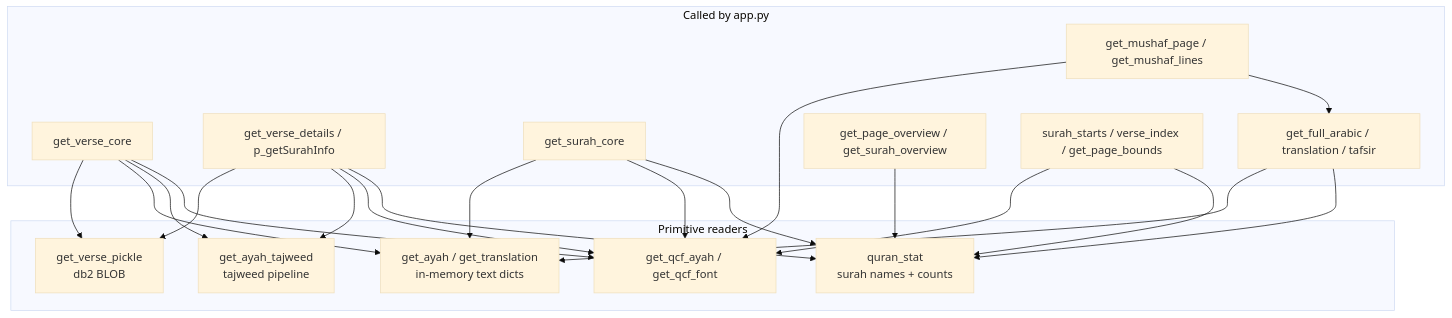
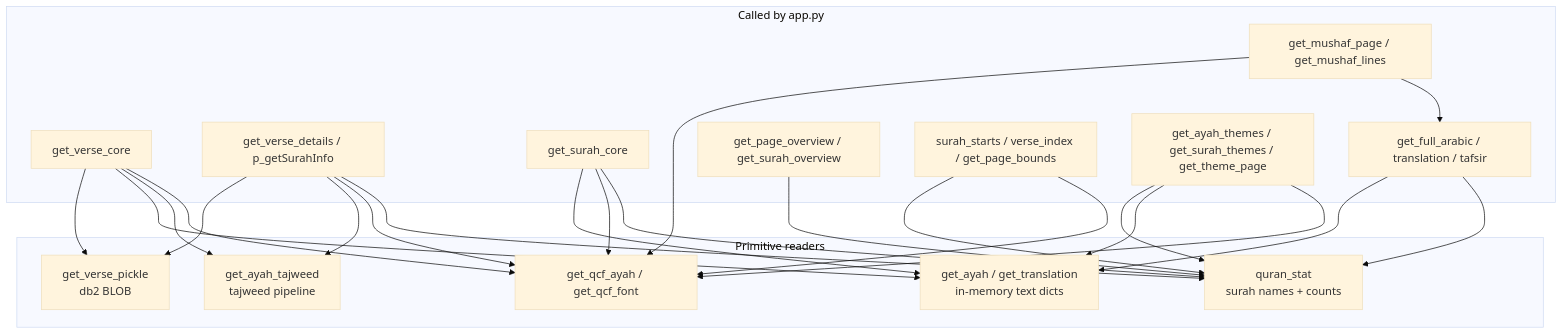
The sixth of 16 diagrams in ARCHITECTURE.md (OnixHoque/aayatun), drawn with Mermaid (base theme) before and after one commit. The commit also changed other lines of this file, not shown here.

First line of the commit message:
Rewrite ARCHITECTURE.md as a modular operations manual

````diff
--- a/ARCHITECTURE.md
+++ b/ARCHITECTURE.md
@@ -236,39 +419,43 @@
 ```mermaid
 flowchart TB
     subgraph API["Called by app.py"]
         A1["get_verse_core"]
         A2["get_verse_details / p_getSurahInfo"]
         A3["get_surah_core"]
         A4["get_mushaf_page / get_mushaf_lines"]
         A5["get_full_arabic / translation / tafsir"]
         A6["get_page_overview / get_surah_overview"]
         A7["surah_starts / verse_index / get_page_bounds"]
+        A8["get_ayah_themes / get_surah_themes / get_theme_page"]
     end
 
     subgraph Base["Primitive readers"]
         B1["get_ayah / get_translation<br/>in-memory text dicts"]
         B2["get_verse_pickle<br/>db2 BLOB"]
         B3["get_ayah_tajweed<br/>tajweed pipeline"]
         B4["get_qcf_ayah / get_qcf_font"]
         B5["quran_stat<br/>surah names + counts"]
     end
 
     A1 --> B2
     A1 --> B1
     A1 --> B3
     A1 --> B4
     A2 --> B2
     A2 --> B3
     A2 --> B4
     A2 --> B5
     A3 --> B1
     A3 --> B4
     A3 --> B5
     A4 --> B4
     A4 --> A5
     A5 --> B1
     A5 --> B5
     A6 --> B5
+    A7 --> B5
     A7 --> B4
-    A7 --> B5
+    A8 --> B5
+    A8 --> B1
+    A8 --> B4
 ```
````
